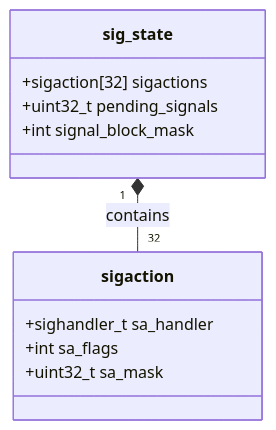
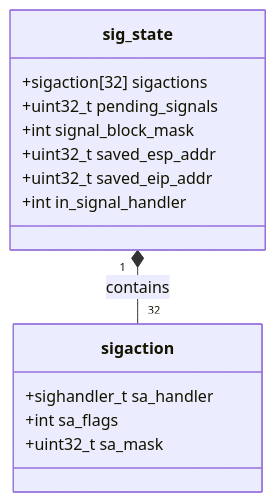
The fourth of 8 diagrams in docs/02_signal_architecture.md (SillyCatto/OS_Project-Signal), drawn with Mermaid before and after one commit. The commit also changed other lines of this file and 9 other files, not shown here.

````diff
--- a/docs/02_signal_architecture.md
+++ b/docs/02_signal_architecture.md
@@ -177,16 +184,19 @@
 ```mermaid
 classDiagram
     class sig_state {
         +sigaction[32] sigactions
         +uint32_t pending_signals
         +int signal_block_mask
+        +uint32_t saved_esp_addr
+        +uint32_t saved_eip_addr
+        +int in_signal_handler
     }
 
     class sigaction {
         +sighandler_t sa_handler
         +int sa_flags
         +uint32_t sa_mask
     }
 
     sig_state "1" *-- "32" sigaction : contains
 ```
````
